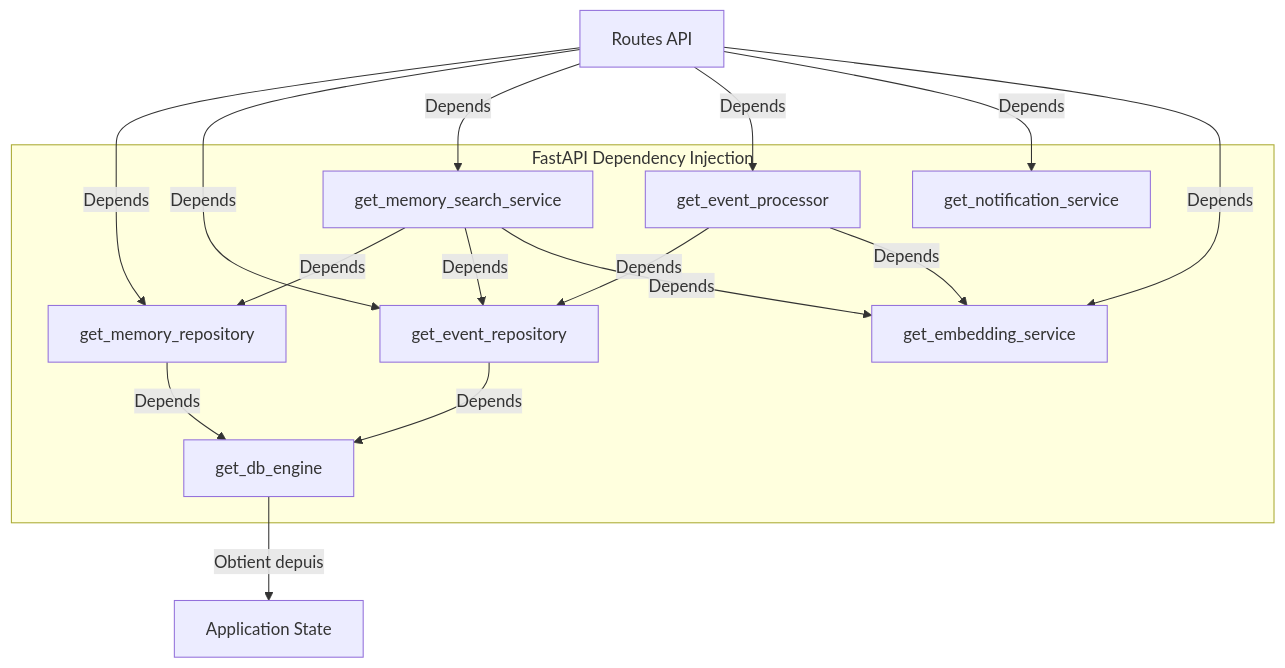
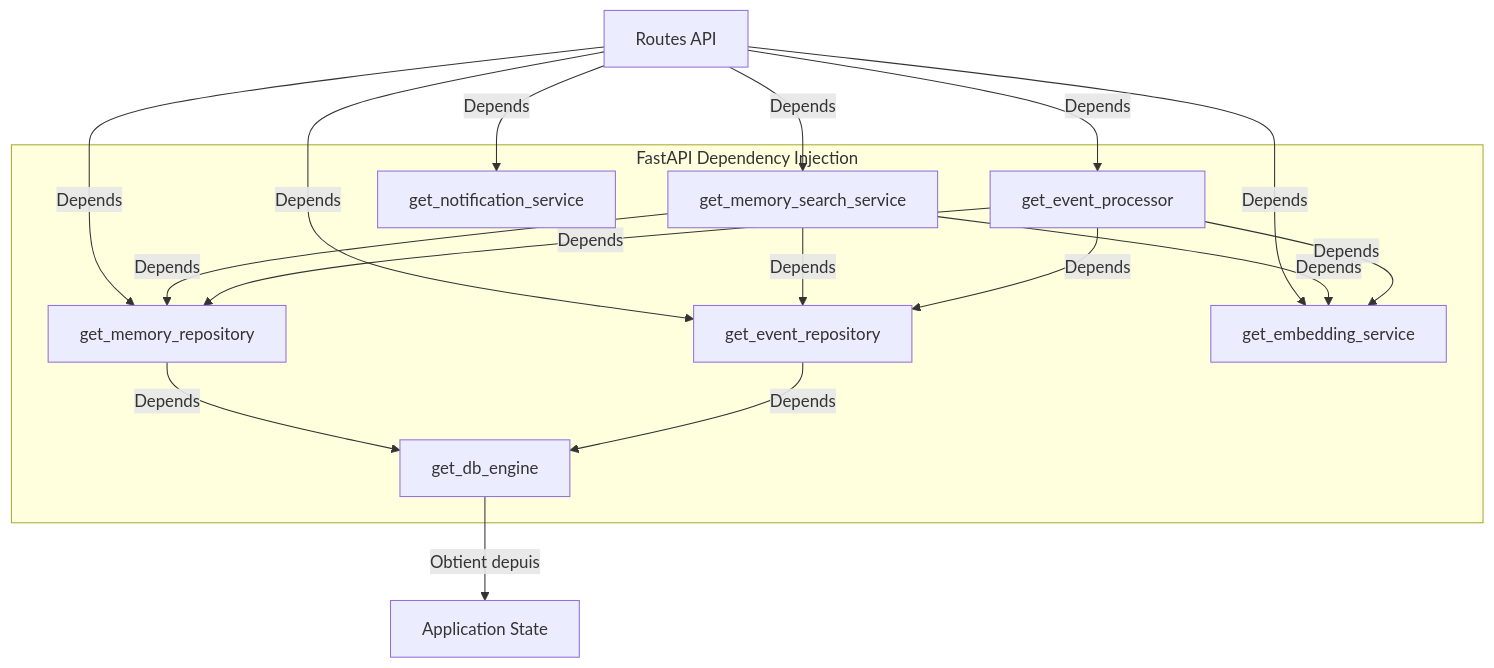
One commit to giak/mnemo-lite changed the third of 8 diagrams in docs/architecture_diagrams.md. Above: the diagram before and after it, drawn with Mermaid. The commit also changed other lines of this file and 69 other files, not shown here.

````diff
--- a/docs/architecture_diagrams.md
+++ b/docs/architecture_diagrams.md
@@ -88,31 +89,32 @@
 ```mermaid
 flowchart TB
     API[Routes API] --> |Depends| GetMR[get_memory_repository]
     API --> |Depends| GetER[get_event_repository]
     API --> |Depends| GetMS[get_memory_search_service]
     API --> |Depends| GetEP[get_event_processor]
     API --> |Depends| GetNS[get_notification_service]
     API --> |Depends| GetES[get_embedding_service]
     
     GetMR --> |Depends| GetEngine[get_db_engine]
     GetER --> |Depends| GetEngine
     
     GetMS --> |Depends| GetMR
     GetMS --> |Depends| GetER
     GetMS --> |Depends| GetES
     
     GetEP --> |Depends| GetER
     GetEP --> |Depends| GetES
+    GetEP --> |Depends| GetMR
     
     GetEngine --> |Obtient depuis| AppState[Application State]
     
     subgraph "FastAPI Dependency Injection"
         GetMR
         GetER
         GetMS
         GetEP
         GetNS
         GetES
         GetEngine
     end
 ```
````
